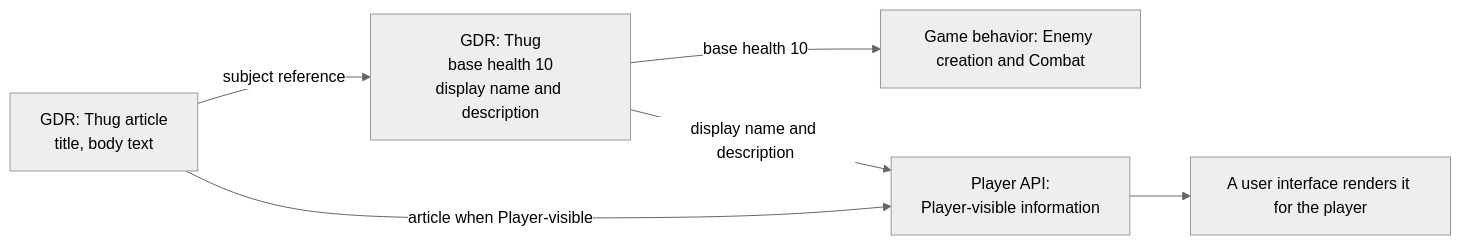
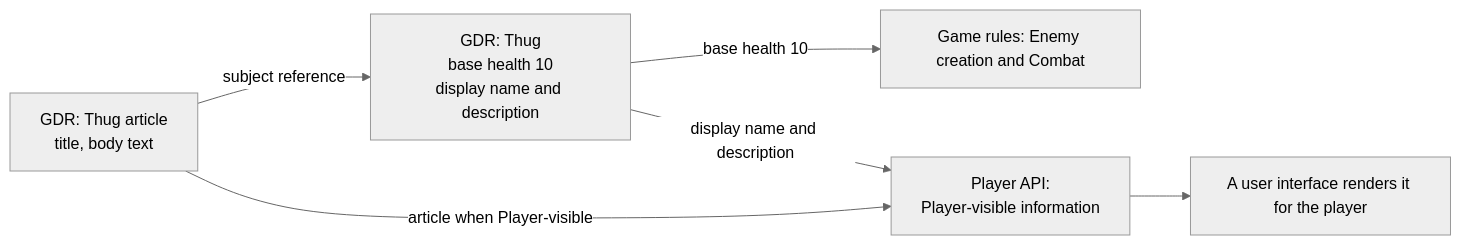
Before and after one commit to konrad-jamrozik/game-v5: the seventh of 7 diagrams in docs/specs/design/foundation/game-data-records.md, drawn with Mermaid (neutral theme). The commit also changed other lines of this file and 54 other files, not shown here.

First line of the commit message:
Redesign Campaign state around the Timeline; remove Autopilot memory

````diff
--- a/docs/specs/design/foundation/game-data-records.md
+++ b/docs/specs/design/foundation/game-data-records.md
@@ -356,10 +356,10 @@
 ```mermaid
 flowchart LR
     Thug["GDR: Thug<br/>base health 10<br/>display name and description"]
     Article["GDR: Thug article<br/>title, body text"]
     Article -->|subject reference| Thug
-    Thug -->|base health 10| Combat["Game behavior: Enemy creation and Combat"]
+    Thug -->|base health 10| Combat["Game rules: Enemy creation and Combat"]
     Thug -->|display name and description| PlayerAPI["Player API:<br/>Player-visible information"]
     Article -->|article when Player-visible| PlayerAPI
     PlayerAPI --> UserInterface["A user interface renders it for the player"]
 ```
````
